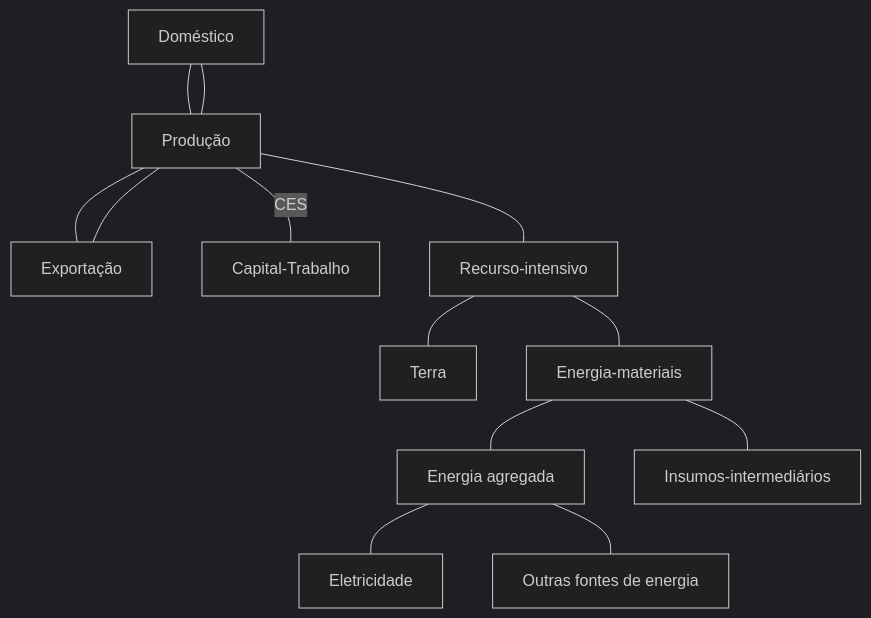
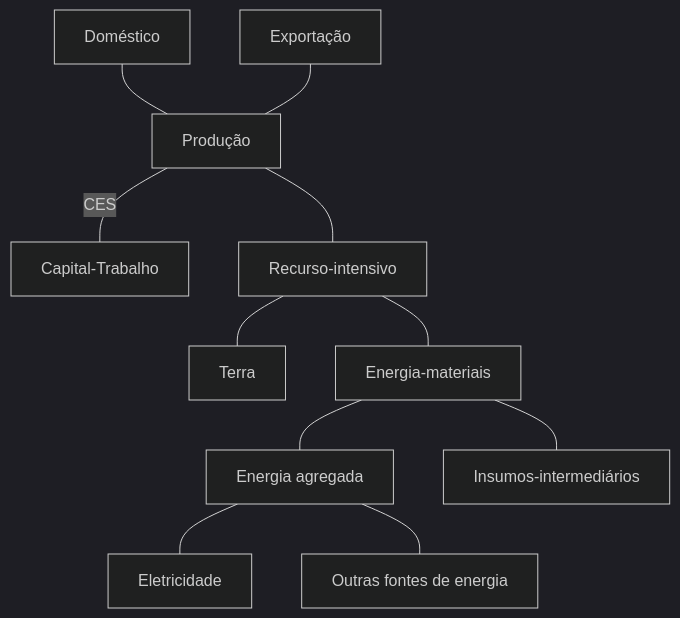
Before and after one commit to cicerolima/cicerolima2020: the diagram in content/BREA/BREA.md, drawn with Mermaid (dark theme).

````diff
--- a/content/BREA/BREA.md
+++ b/content/BREA/BREA.md
@@ -30,15 +30,13 @@
 ```mermaid
 graph TD
 A[Doméstico] --- C[Produção]
-C --- A
 B[Exportação] --- C
-C --- B
 C --- |CES| D[Capital-Trabalho]
 C --- E[Recurso-intensivo]
 E --- F[Terra]
 E --- G[Energia-materiais]
 G --- H[Energia agregada]
 G --- I[Insumos-intermediários]
 H --- J[Eletricidade]
 H --- K[Outras fontes de energia]
 ```
````
